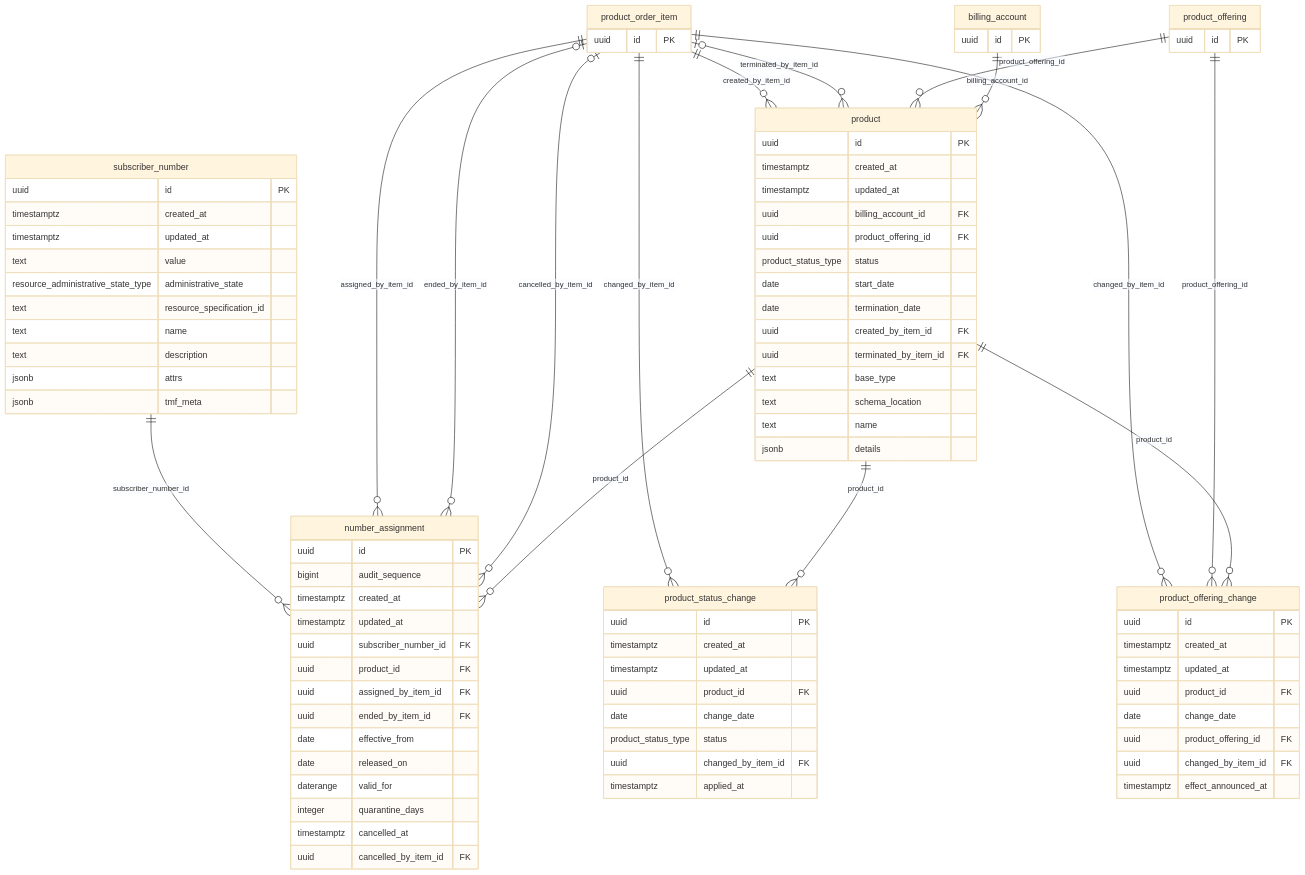
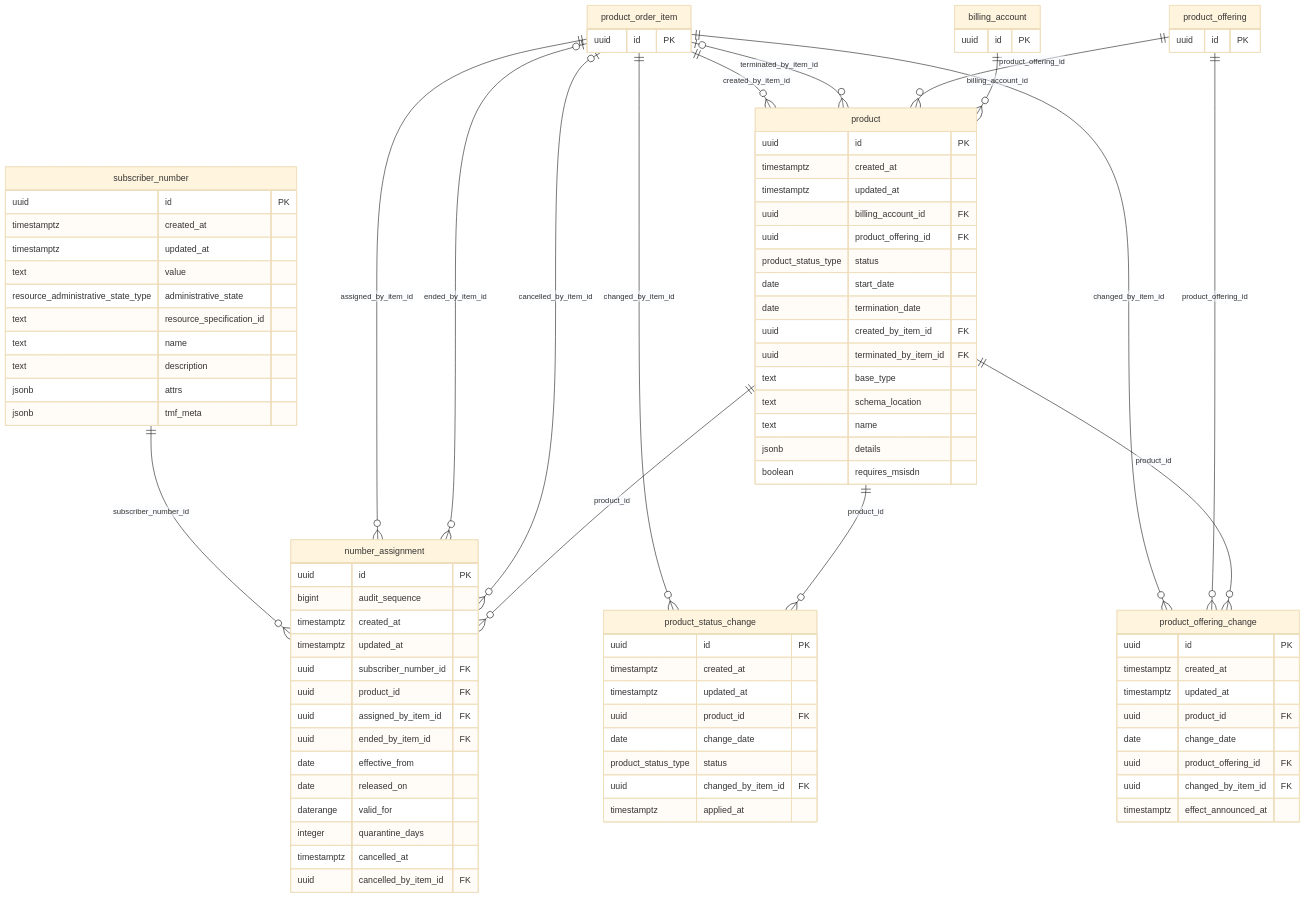
One commit to altharmz/bss changed the fifth of 9 diagrams in docs/db/README.md. Above: the diagram before and after it, drawn with Mermaid (base theme). The commit also changed other lines of this file and 23 other files, not shown here.

```diff
--- a/docs/db/README.md
+++ b/docs/db/README.md
@@ -498,6 +498,7 @@
     text schema_location
     text name
     jsonb details
+    boolean requires_msisdn
   }
   product_offering_change {
     uuid id PK
```
